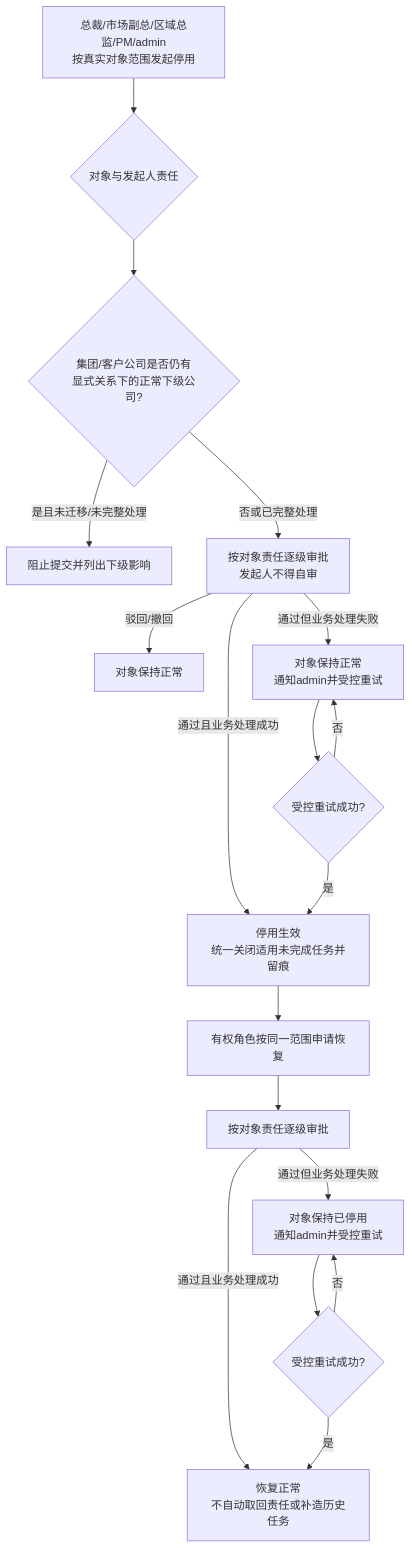
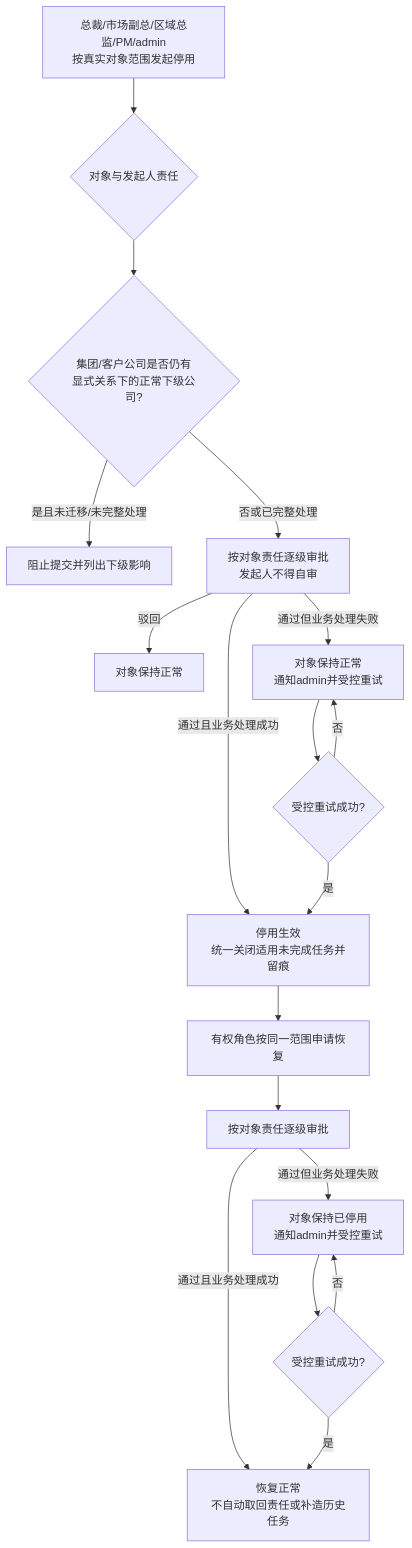
One commit to Joker-1030/Yingjia-Internal-Management-System changed the first of 2 diagrams in prd-workspace/current/user-flows/FLOW-13-M05-deactivation-and-restore.md. Above: the diagram before and after it, drawn with Mermaid. The commit also changed 89 other files, not shown here.

````diff
--- a/prd-workspace/current/user-flows/FLOW-13-M05-deactivation-and-restore.md
+++ b/prd-workspace/current/user-flows/FLOW-13-M05-deactivation-and-restore.md
@@ -10,20 +10,20 @@
 ```mermaid
 flowchart TD
     A[总裁/市场副总/区域总监/PM/admin<br/>按真实对象范围发起停用] --> B{对象与发起人责任}
     B --> B1{集团/客户公司是否仍有<br/>显式关系下的正常下级公司?}
     B1 -- 是且未迁移/未完整处理 --> B2[阻止提交并列出下级影响]
     B1 -- 否或已完整处理 --> C[按对象责任逐级审批<br/>发起人不得自审]
-    C -- 驳回/撤回 --> D[对象保持正常]
+    C -- 驳回 --> D[对象保持正常]
     C -- 通过且业务处理成功 --> E[停用生效<br/>统一关闭适用未完成任务并留痕]
     C -- 通过但业务处理失败 --> C1[对象保持正常<br/>通知admin并受控重试]
     C1 --> C2{受控重试成功?}
     C2 -- 否 --> C1
     C2 -- 是 --> E
     E --> F[有权角色按同一范围申请恢复]
     F --> G[按对象责任逐级审批]
     G -- 通过且业务处理成功 --> H[恢复正常<br/>不自动取回责任或补造历史任务]
     G -- 通过但业务处理失败 --> G1[对象保持已停用<br/>通知admin并受控重试]
     G1 --> G2{受控重试成功?}
     G2 -- 否 --> G1
     G2 -- 是 --> H
 ```
````
